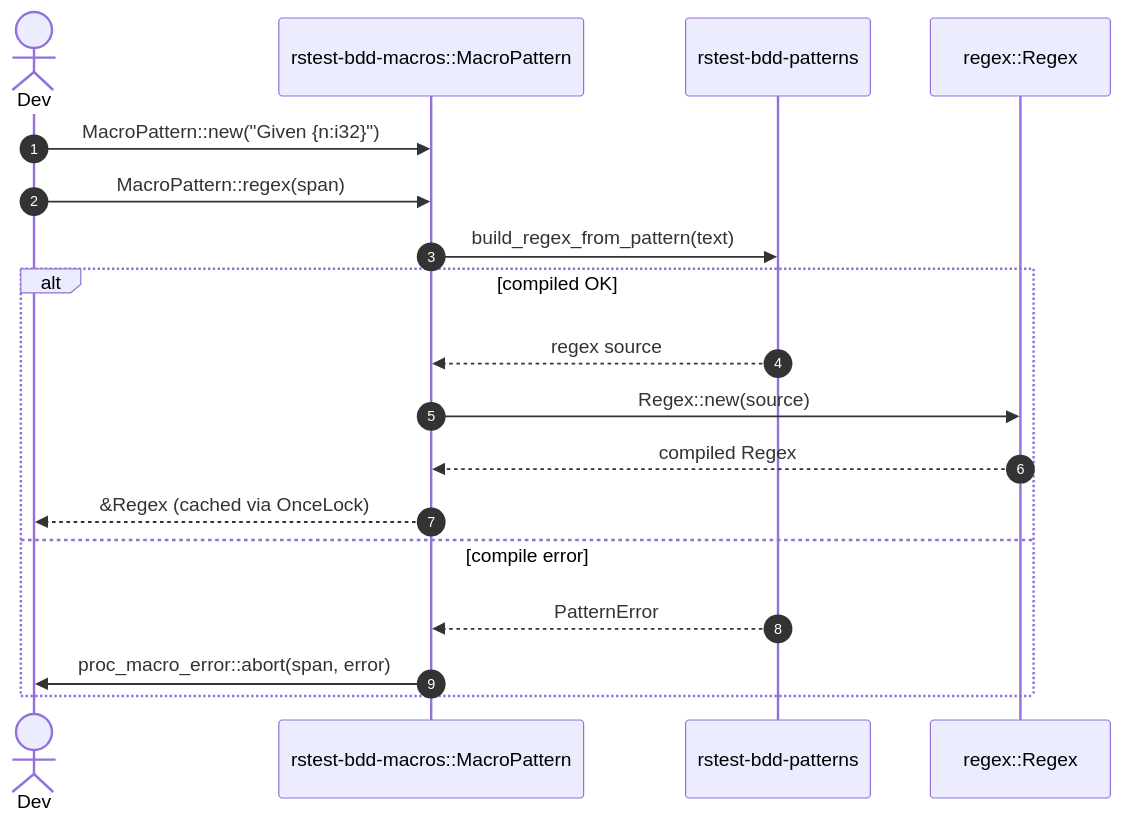
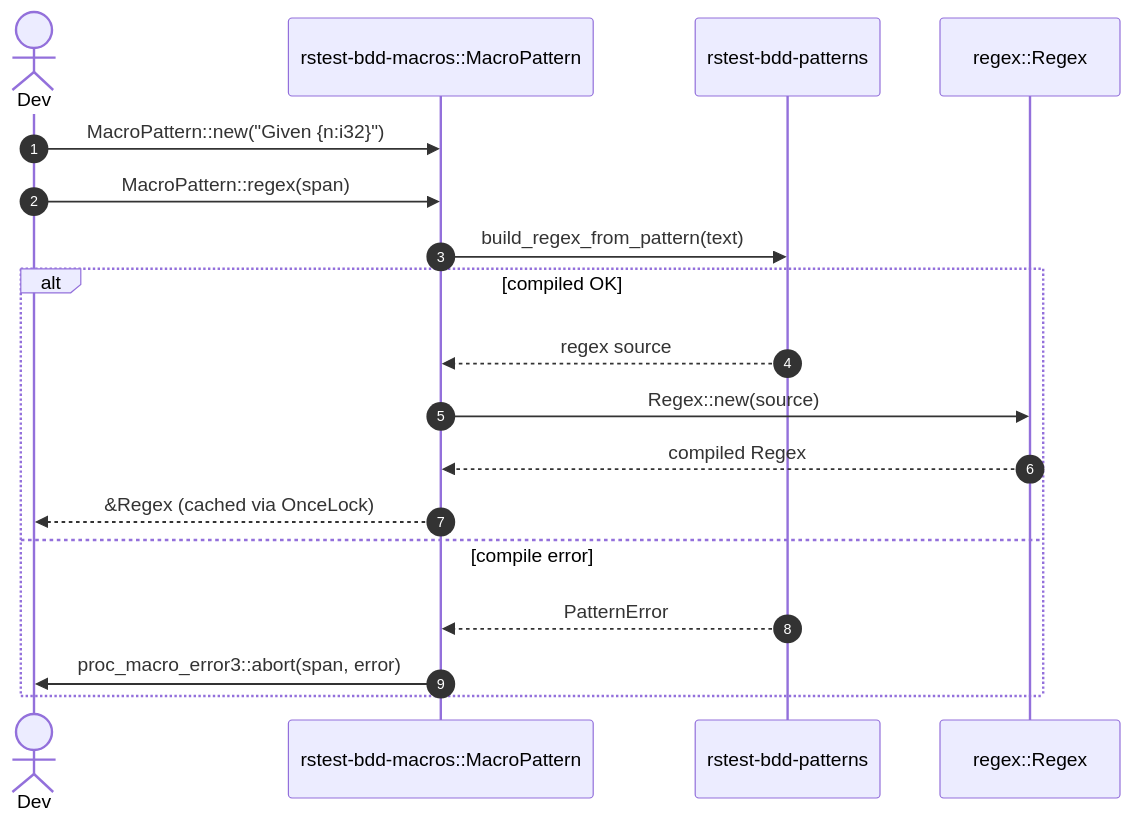
Before and after one commit to leynos/rstest-bdd: the second of 21 diagrams in docs/rstest-bdd-design.md, drawn with Mermaid. The commit also changed other lines of this file and 28 other files, not shown here.

````diff
--- a/docs/rstest-bdd-design.md
+++ b/docs/rstest-bdd-design.md
@@ -606,21 +606,21 @@
 ```mermaid
 sequenceDiagram
   autonumber
   actor Dev
   participant Macros as rstest-bdd-macros::MacroPattern
   participant Patterns as rstest-bdd-patterns
   participant Regex as regex::Regex
 
   Dev->>Macros: MacroPattern::new("Given {n:i32}")
   Dev->>Macros: MacroPattern::regex(span)
   Macros->>Patterns: build_regex_from_pattern(text)
   alt compiled OK
     Patterns-->>Macros: regex source
     Macros->>Regex: Regex::new(source)
     Regex-->>Macros: compiled Regex
     Macros-->>Dev: &Regex (cached via OnceLock)
   else compile error
     Patterns-->>Macros: PatternError
-    Macros->>Dev: proc_macro_error::abort(span, error)
+    Macros->>Dev: proc_macro_error3::abort(span, error)
   end
 ```
````
